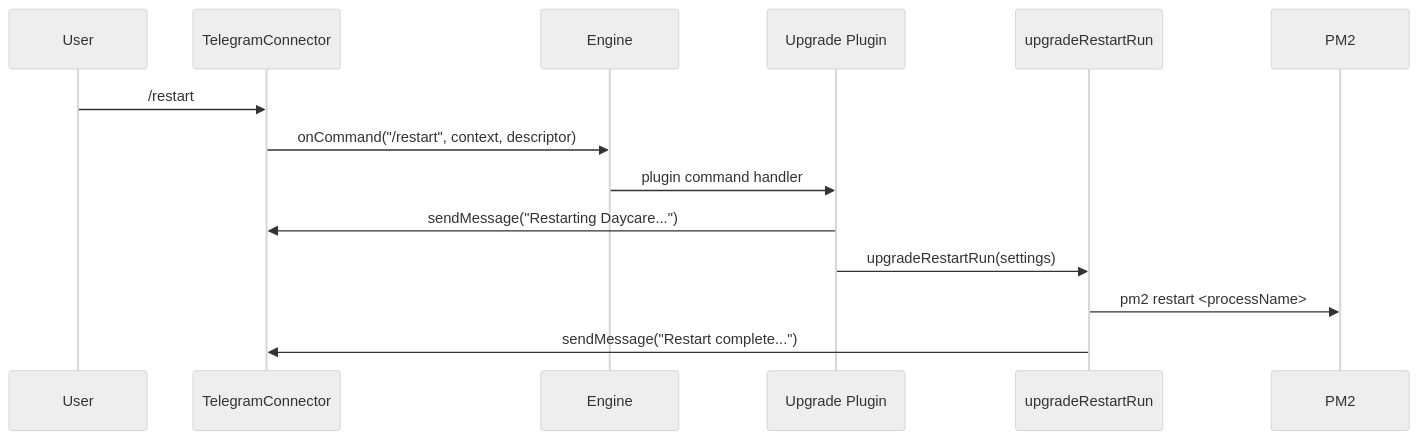
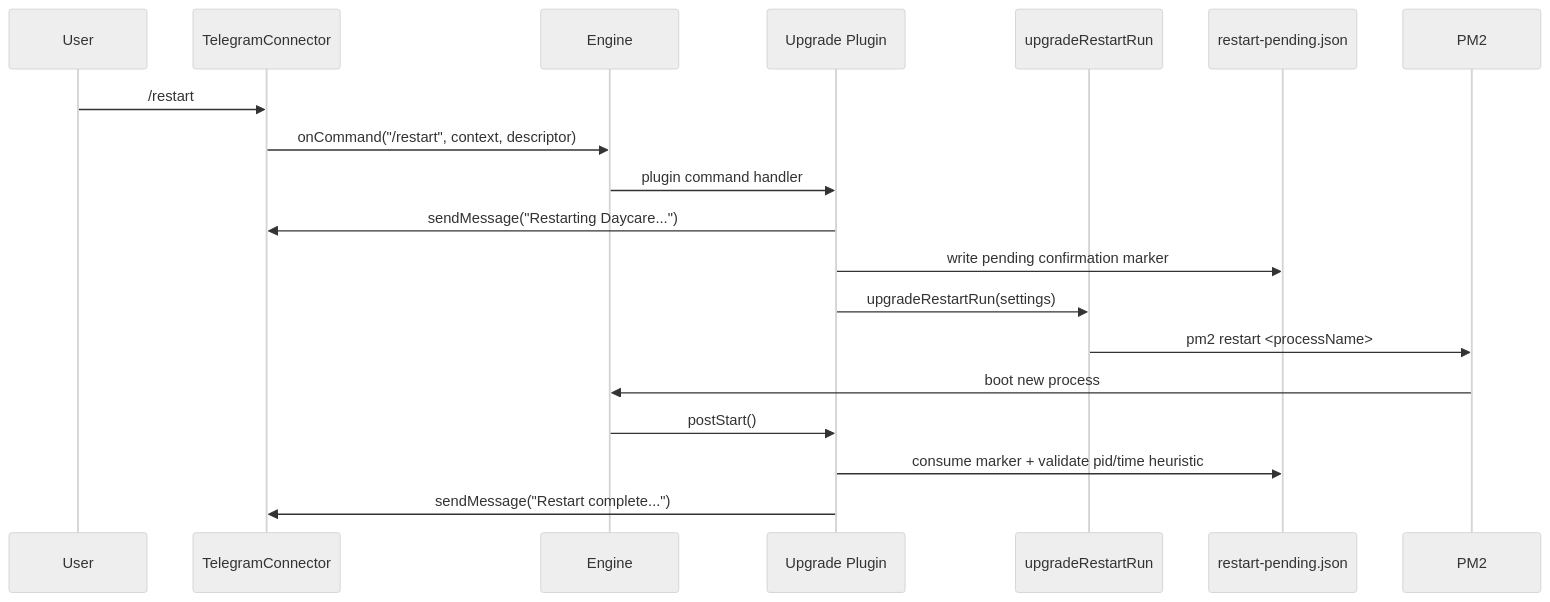
The diagram in doc/internals/telegram-restart-command.md (ex3ndr-bot/daycare), drawn with Mermaid (neutral theme) before and after one commit. The commit also changed other lines of this file and 9 other files, not shown here.

Commit message:
fix(upgrade): confirm restart from next process boot

````diff
--- a/doc/internals/telegram-restart-command.md
+++ b/doc/internals/telegram-restart-command.md
@@ -5,17 +5,22 @@
 ```mermaid
 sequenceDiagram
   participant U as User
   participant T as TelegramConnector
   participant E as Engine
   participant P as Upgrade Plugin
   participant R as upgradeRestartRun
+  participant S as restart-pending.json
   participant M as PM2
 
   U->>T: /restart
   T->>E: onCommand("/restart", context, descriptor)
   E->>P: plugin command handler
   P->>T: sendMessage("Restarting Daycare...")
+  P->>S: write pending confirmation marker
   P->>R: upgradeRestartRun(settings)
   R->>M: pm2 restart <processName>
-  R->>T: sendMessage("Restart complete...")
+  M->>E: boot new process
+  E->>P: postStart()
+  P->>S: consume marker + validate pid/time heuristic
+  P->>T: sendMessage("Restart complete...")
 ```
````
